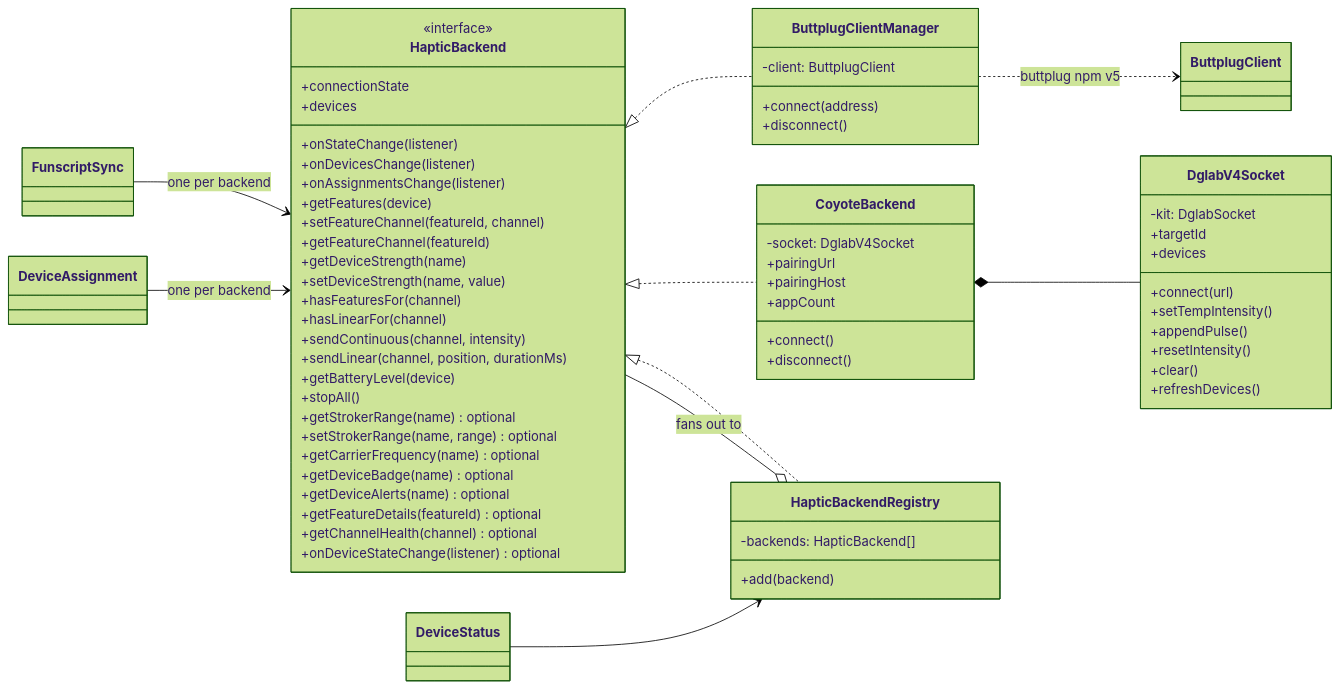
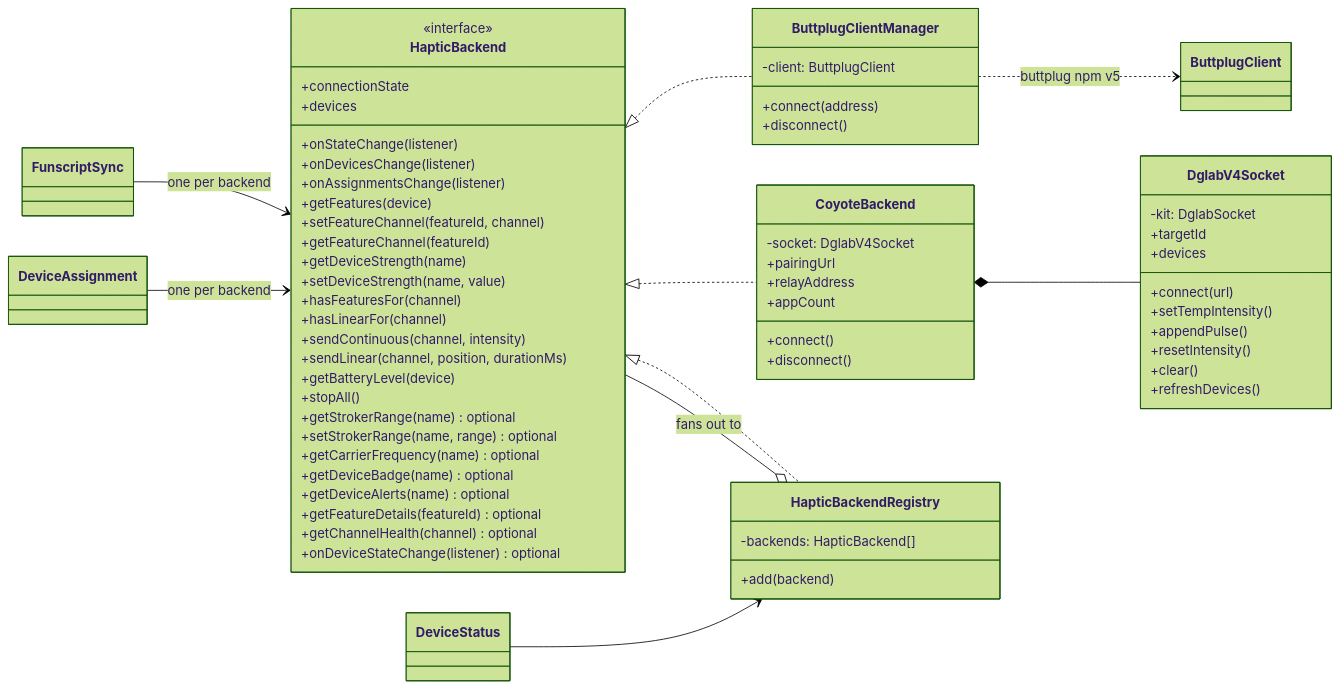
One commit to lumbar-spine-support/docker-haptic-player changed the second of 7 diagrams in docs/developer/haptics.md. Above: the diagram before and after it, drawn with Mermaid (forest theme). The commit also changed other lines of this file and 9 other files, not shown here.

First line of the commit message:
feat(dglab): show the plugin's relay address read-only in the client

````diff
--- a/docs/developer/haptics.md
+++ b/docs/developer/haptics.md
@@ -51,74 +51,74 @@
 ```mermaid
 classDiagram
   direction LR
   class HapticBackend {
     <<interface>>
     +connectionState
     +devices
     +onStateChange(listener)
     +onDevicesChange(listener)
     +onAssignmentsChange(listener)
     +getFeatures(device)
     +setFeatureChannel(featureId, channel)
     +getFeatureChannel(featureId)
     +getDeviceStrength(name)
     +setDeviceStrength(name, value)
     +hasFeaturesFor(channel)
     +hasLinearFor(channel)
     +sendContinuous(channel, intensity)
     +sendLinear(channel, position, durationMs)
     +getBatteryLevel(device)
     +stopAll()
     +getStrokerRange(name) optional
     +setStrokerRange(name, range) optional
     +getCarrierFrequency(name) optional
     +getDeviceBadge(name) optional
     +getDeviceAlerts(name) optional
     +getFeatureDetails(featureId) optional
     +getChannelHealth(channel) optional
     +onDeviceStateChange(listener) optional
   }
 
   class ButtplugClientManager {
     -client: ButtplugClient
     +connect(address)
     +disconnect()
   }
   class CoyoteBackend {
     -socket: DglabV4Socket
     +connect()
     +disconnect()
     +pairingUrl
-    +pairingHost
+    +relayAddress
     +appCount
   }
   class HapticBackendRegistry {
     -backends: HapticBackend[]
     +add(backend)
   }
   class DglabV4Socket {
     -kit: DglabSocket
     +connect(url)
     +setTempIntensity()
     +appendPulse()
     +resetIntensity()
     +clear()
     +refreshDevices()
     +targetId
     +devices
   }
 
   HapticBackend <|.. ButtplugClientManager
   HapticBackend <|.. CoyoteBackend
   HapticBackend <|.. HapticBackendRegistry
   HapticBackendRegistry o-- HapticBackend : fans out to
   CoyoteBackend *-- DglabV4Socket
   ButtplugClientManager ..> ButtplugClient : buttplug npm v5
 
   class FunscriptSync
   class DeviceAssignment
   class DeviceStatus
   FunscriptSync --> HapticBackend : one per backend
   DeviceAssignment --> HapticBackend : one per backend
   DeviceStatus --> HapticBackendRegistry
 ```
````
